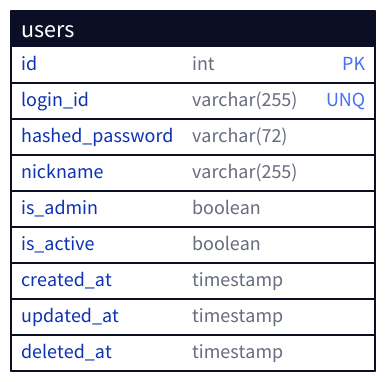
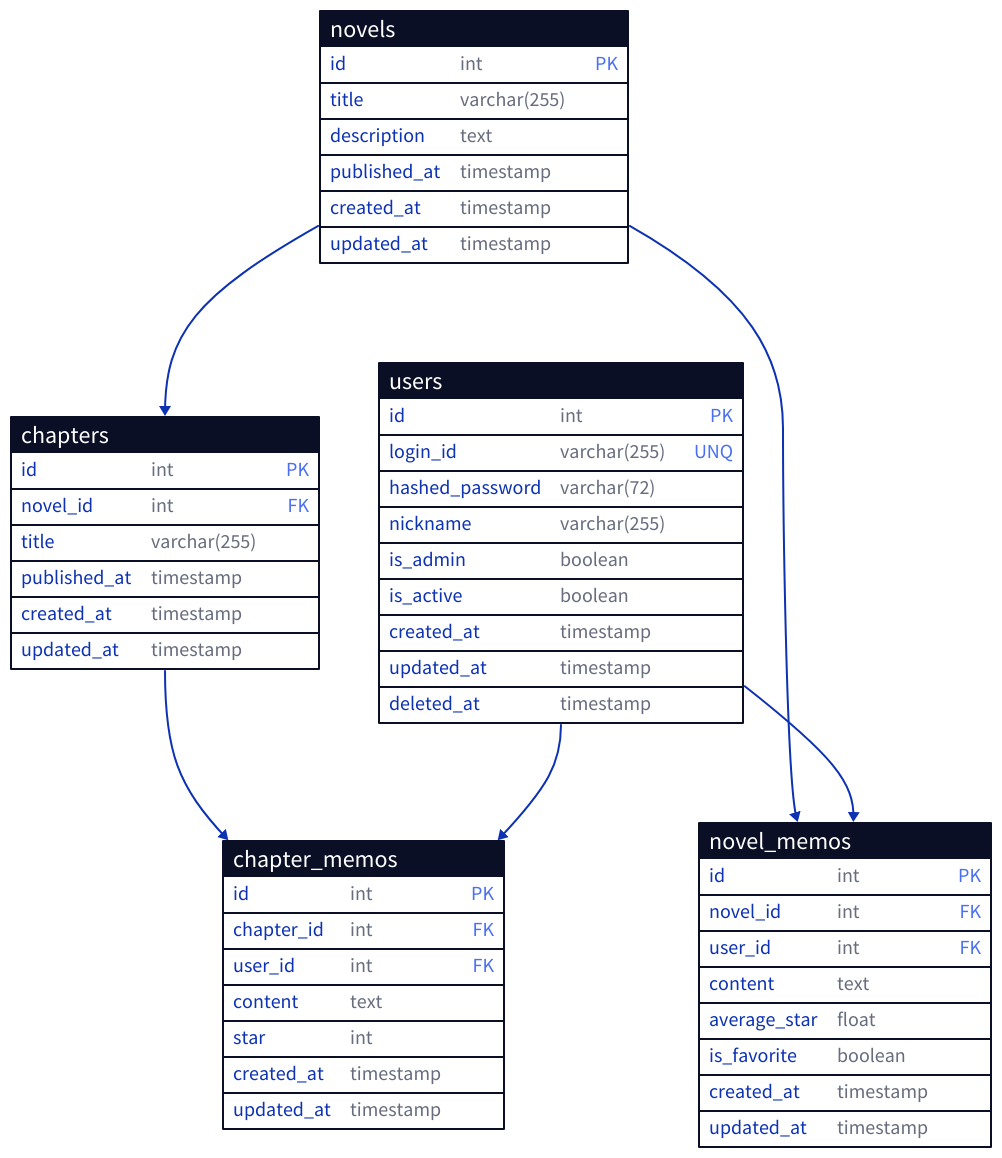
Before and after one commit to arbans1/Novelog-Backend: the diagram in sql/models.d2, drawn with D2. The commit also changed 1 other file, not shown here.

Commit message:
:wrench: chore: 소설 관련 SQL 쿼리 추가

```diff
--- a/sql/models.d2
+++ b/sql/models.d2
@@ -1,12 +1,60 @@
 users: {
   shape: sql_table
   id: int {constraint: primary_key} # 아이디
   login_id: varchar(255) {constraint: unique} # 이메일
   hashed_password: varchar(72) # 해시된 비밀번호
   nickname: varchar(255) # 닉네임
   is_admin: boolean # 관리자 여부
   is_active: boolean # 활성화 여부
   created_at: timestamp # 생성일
   updated_at: timestamp # 수정일
   deleted_at: timestamp # 삭제일
 }
+
+novels: {
+  shape: sql_table
+  id: int {constraint: primary_key} # 아이디
+  title: varchar(255) # 제목
+  description: text # 설명
+  published_at: timestamp # 공개일
+  created_at: timestamp # 생성일
+  updated_at: timestamp # 수정일
+}
+
+chapters: {
+  shape: sql_table
+  id: int {constraint: primary_key} # 아이디
+  novel_id: int {constraint: foreign_key} # 소설 아이디
+  title: varchar(255) # 제목
+  published_at: timestamp # 공개일
+  created_at: timestamp # 생성일
+  updated_at: timestamp # 수정일
+}
+novels.id -> chapters.novel_id
+
+novel_memos: {
+  shape: sql_table
+  id: int {constraint: primary_key} # 아이디
+  novel_id: int {constraint: foreign_key} # 소설 아이디
+  user_id: int {constraint: foreign_key} # 유저 아이디
+  content: text # 내용
+  average_star: float # 평균 별점
+  is_favorite: boolean # 즐겨찾기 여부
+  created_at: timestamp # 생성일
+  updated_at: timestamp # 수정일
+}
+novels.id -> novel_memos.novel_id
+users.id -> novel_memos.user_id
+
+chapter_memos: {
+  shape: sql_table
+  id: int {constraint: primary_key} # 아이디
+  chapter_id: int {constraint: foreign_key} # 챕터 아이디
+  user_id: int {constraint: foreign_key} # 유저 아이디
+  content: text # 내용
+  star: int # 별점
+  created_at: timestamp # 생성일
+  updated_at: timestamp # 수정일
+}
+chapters.id -> chapter_memos.chapter_id
+users.id -> chapter_memos.user_id
```
